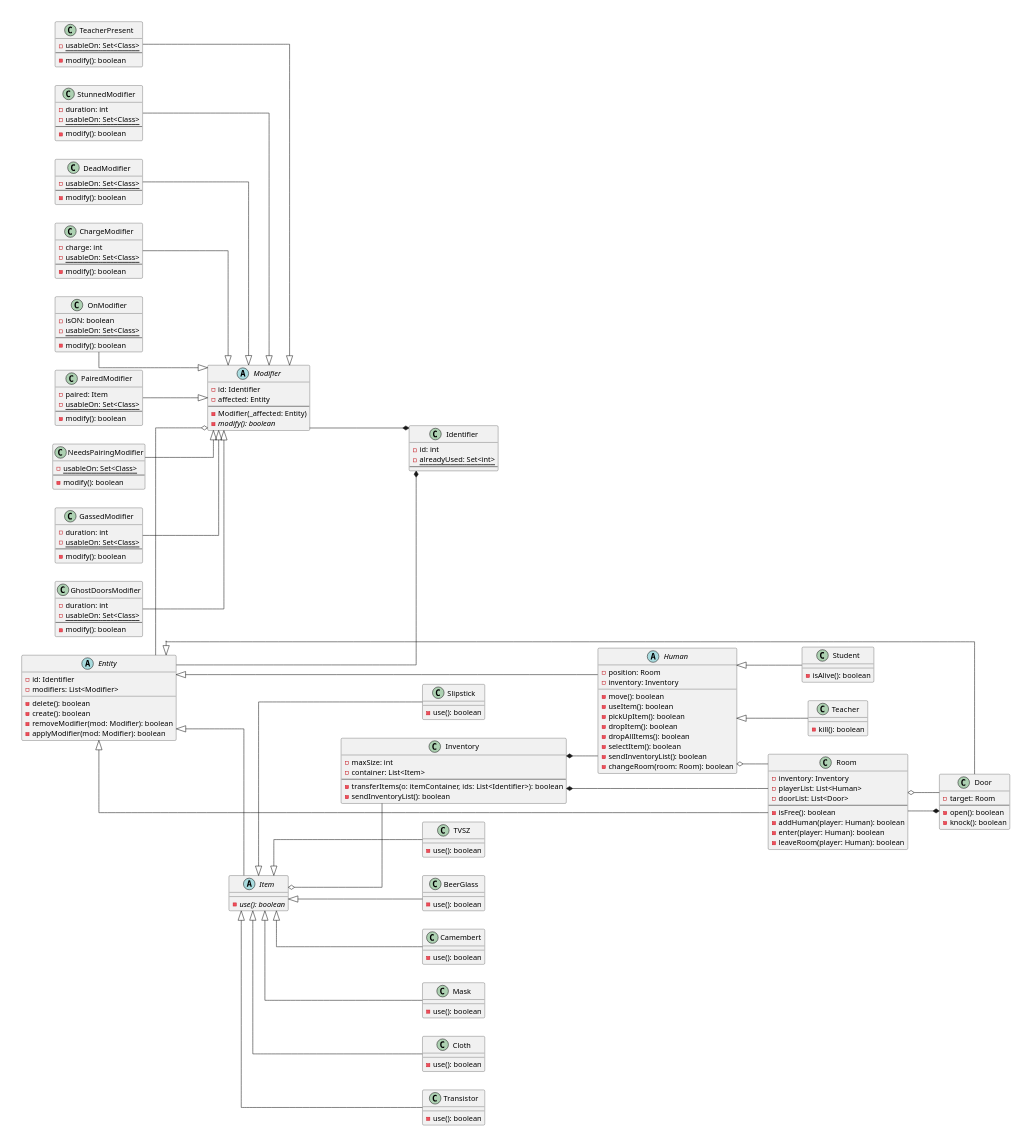
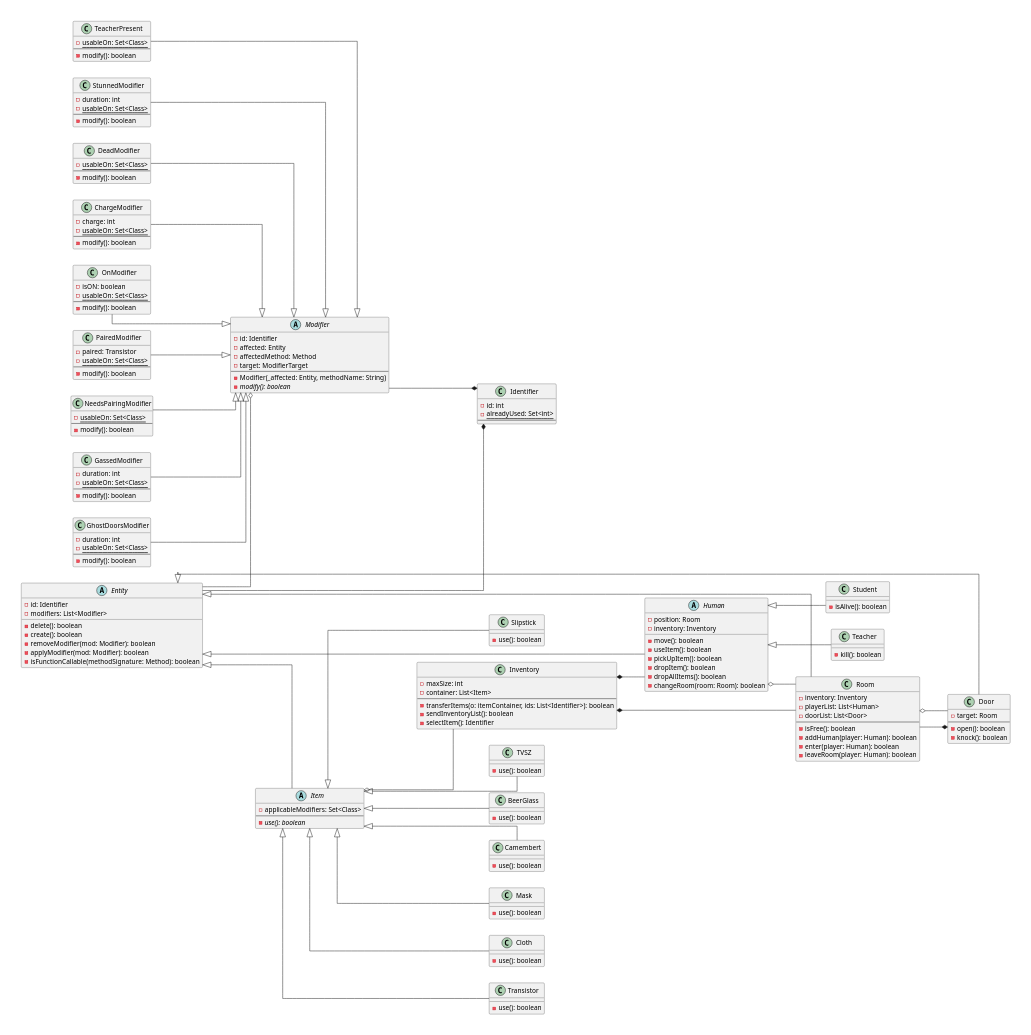
Before and after one commit to MysticMazeEducators/.github: the diagram in resources/class_diagram/basic.puml, drawn with PlantUML. The commit also changed 1 other file, not shown here.

```diff
--- a/resources/class_diagram/basic.puml
+++ b/resources/class_diagram/basic.puml
@@ -12,8 +12,10 @@
 abstract class Modifier{
   -id: Identifier
   -affected: Entity
+  -affectedMethod: Method
+  -target: ModifierTarget
   --
-  -Modifier(_affected: Entity)
+  -Modifier(_affected: Entity, methodName: String)
   -modify(): boolean {abstract}
 }
 
@@ -33,7 +35,7 @@
 }
 
 class PairedModifier{
-  -paired: Item
+  -paired: Transistor
   -usableOn: Set<Class> {static}
   --
   -modify(): boolean
@@ -89,6 +91,7 @@
   -create(): boolean
   -removeModifier(mod: Modifier): boolean
   -applyModifier(mod: Modifier): boolean
+  -isFunctionCallable(methodSignature: Method): boolean
 }
 
 abstract class Human{
@@ -100,8 +103,6 @@
   -pickUpItem(): boolean
   -dropItem(): boolean
   -dropAllItems(): boolean
-  -selectItem(): boolean
-  -sendInventoryList(): boolean
   -changeRoom(room: Room): boolean
 }
 class Student{
@@ -111,6 +112,8 @@
   -kill(): boolean
 }
 abstract class Item{
+  -applicableModifiers: Set<Class>
+  --
   -use(): boolean {abstract}
 }
 class TVSZ{
@@ -148,21 +151,22 @@
   -knock(): boolean
 }
 class Room{
- -inventory: Inventory
- -playerList: List<Human>
- -doorList: List<Door>
- --
- -isFree(): boolean
- -addHuman(player: Human): boolean
- -enter(player: Human): boolean
- -leaveRoom(player: Human): boolean
+  -inventory: Inventory
+  -playerList: List<Human>
+  -doorList: List<Door>
+  --
+  -isFree(): boolean
+  -addHuman(player: Human): boolean
+  -enter(player: Human): boolean
+  -leaveRoom(player: Human): boolean
 }
 class Inventory{
- -maxSize: int
- -container: List<Item>
- --
- -transferItems(o: itemContainer, ids: List<Identifier>): boolean
- -sendInventoryList(): boolean
+  -maxSize: int
+  -container: List<Item>
+  --
+  -transferItems(o: itemContainer, ids: List<Identifier>): boolean
+  -sendInventoryList(): boolean
+  -selectItem(): Identifier
 }
 
 ChargeModifier --|> Modifier
```
